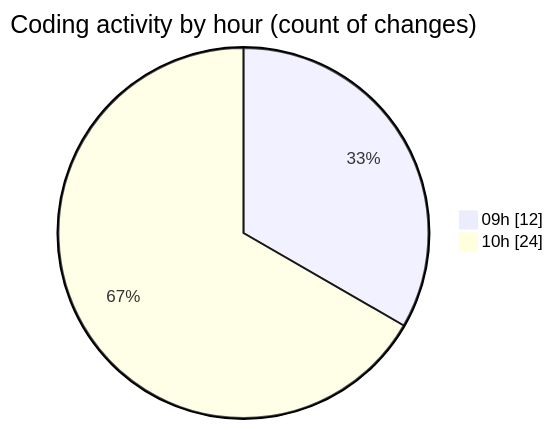
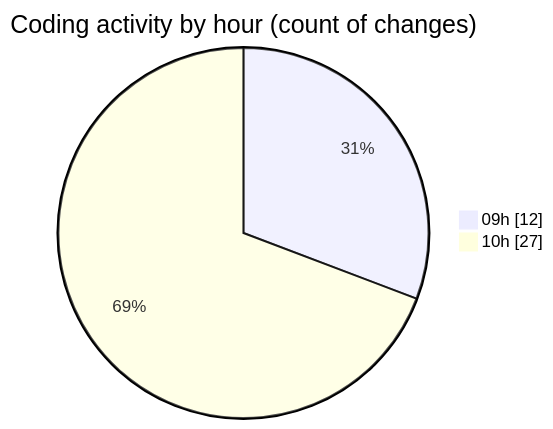
One commit to momahboobian/code-tracking changed the second of 2 diagrams in 2025-02-06/cda/README.md. Above: the diagram before and after it, drawn with Mermaid. The commit also changed other lines of this file and 1 other file, not shown here.

````diff
--- a/2025-02-06/cda/README.md
+++ b/2025-02-06/cda/README.md
@@ -35,6 +35,6 @@
 ```mermaid
 pie showData
 title Coding activity by hour (count of changes)
 "09h" : 12
-"10h" : 24
+"10h" : 27
 ```
````
